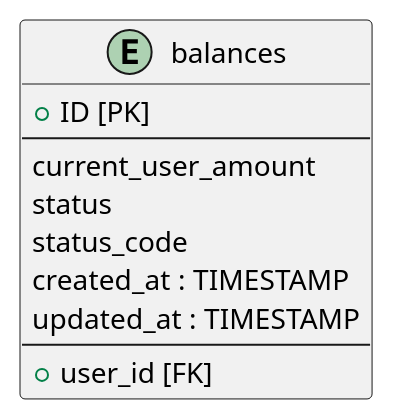
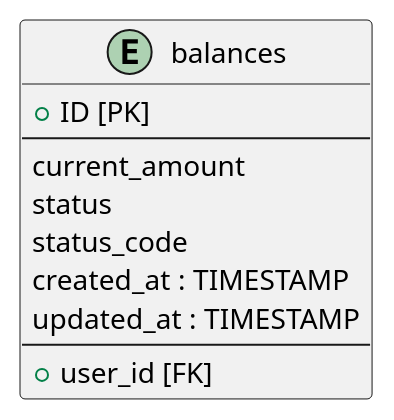
The diagram in db/balances.pu (mybz-inc/sneaker), drawn with PlantUML before and after one commit. The commit also changed 8 other files, not shown here.

```diff
--- a/db/balances.pu
+++ b/db/balances.pu
@@ -1,13 +1,13 @@
 @startuml balances
 entity balances {
   + ID [PK]
   --
-  current_user_amount
+  current_amount
   status
   status_code
   created_at : TIMESTAMP
   updated_at : TIMESTAMP
   --
   + user_id [FK]
 }
 @enduml
```
